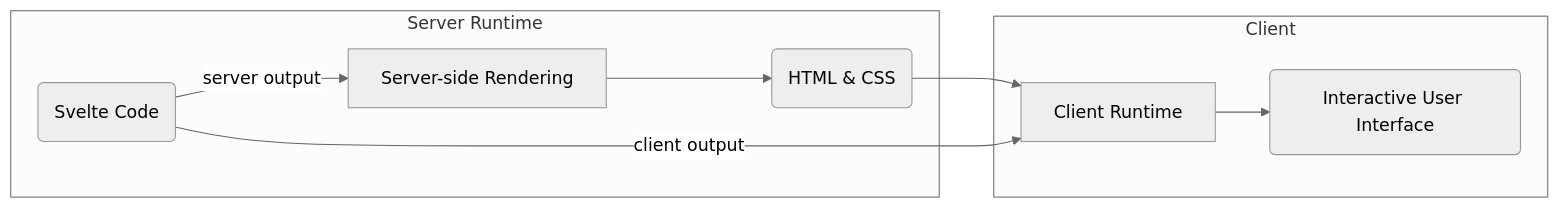
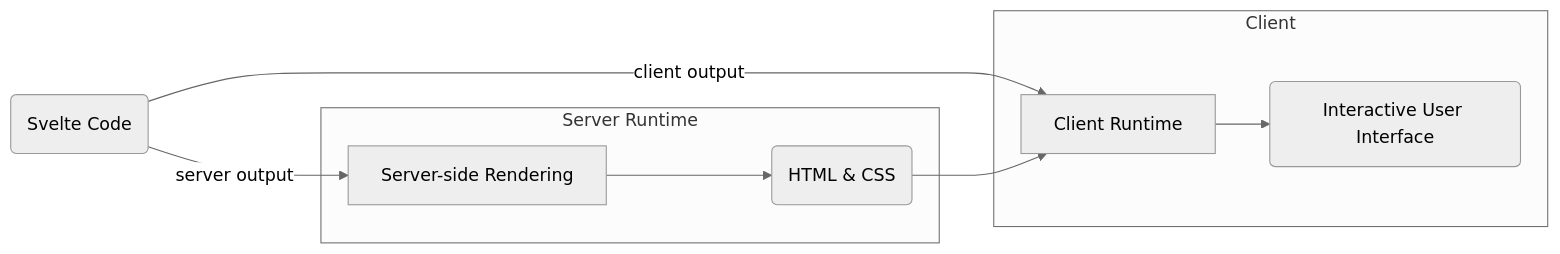
One commit to GauBen/gautier.dev changed the diagram in src/articles/2026-09-10-svelte-for-templating/index.md. Above: the diagram before and after it, drawn with Mermaid (neutral theme). The commit also changed 4 other files, not shown here.

Commit message:
replace beautiful-mermaid with pele

````diff
--- a/src/articles/2026-09-10-svelte-for-templating/index.md
+++ b/src/articles/2026-09-10-svelte-for-templating/index.md
@@ -23,11 +23,13 @@
 ```mermaid
 flowchart LR
   S(Svelte Code)
   subgraph Server Runtime
-    S -- "server output" --> Ssr[Server-side Rendering] --> H(HTML & CSS)
+    Ssr[Server-side Rendering] --> H(HTML & CSS)
   end
   subgraph Client
-    H --> R[Client Runtime]
-    S -- "client output" --> R --> U(Interactive User Interface)
+    R[Client Runtime] --> U(Interactive User Interface)
   end
+  S -- "server output" --> Ssr
+  S -- "client output" --> R
+  H --> R
 ```
````
